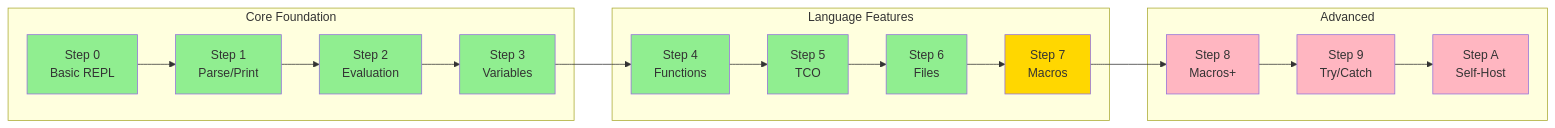
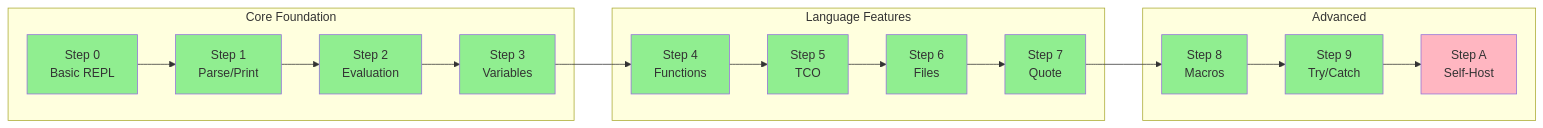
Before and after one commit to aygp-dr/mal-ruby-minimal: the second of 2 diagrams in README.md, drawn with Mermaid. The commit also changed other lines of this file and 1 other file, not shown here.

````diff
--- a/README.md
+++ b/README.md
@@ -90,38 +90,38 @@
 ```mermaid
 graph LR
     subgraph "Core Foundation"
         S0[Step 0<br/>Basic REPL]
         S1[Step 1<br/>Parse/Print]
         S2[Step 2<br/>Evaluation]
         S3[Step 3<br/>Variables]
     end
     
     subgraph "Language Features"
         S4[Step 4<br/>Functions]
         S5[Step 5<br/>TCO]
         S6[Step 6<br/>Files]
-        S7[Step 7<br/>Macros]
+        S7[Step 7<br/>Quote]
     end
     
     subgraph "Advanced"
-        S8[Step 8<br/>Macros+]
+        S8[Step 8<br/>Macros]
         S9[Step 9<br/>Try/Catch]
         SA[Step A<br/>Self-Host]
     end
     
     S0 --> S1 --> S2 --> S3
     S3 --> S4 --> S5 --> S6 --> S7
     S7 --> S8 --> S9 --> SA
     
     style S0 fill:#90EE90
     style S1 fill:#90EE90
     style S2 fill:#90EE90
     style S3 fill:#90EE90
     style S4 fill:#90EE90
     style S5 fill:#90EE90
     style S6 fill:#90EE90
-    style S7 fill:#FFD700
-    style S8 fill:#FFB6C1
-    style S9 fill:#FFB6C1
+    style S7 fill:#90EE90
+    style S8 fill:#90EE90
+    style S9 fill:#90EE90
     style SA fill:#FFB6C1
 ```
````
